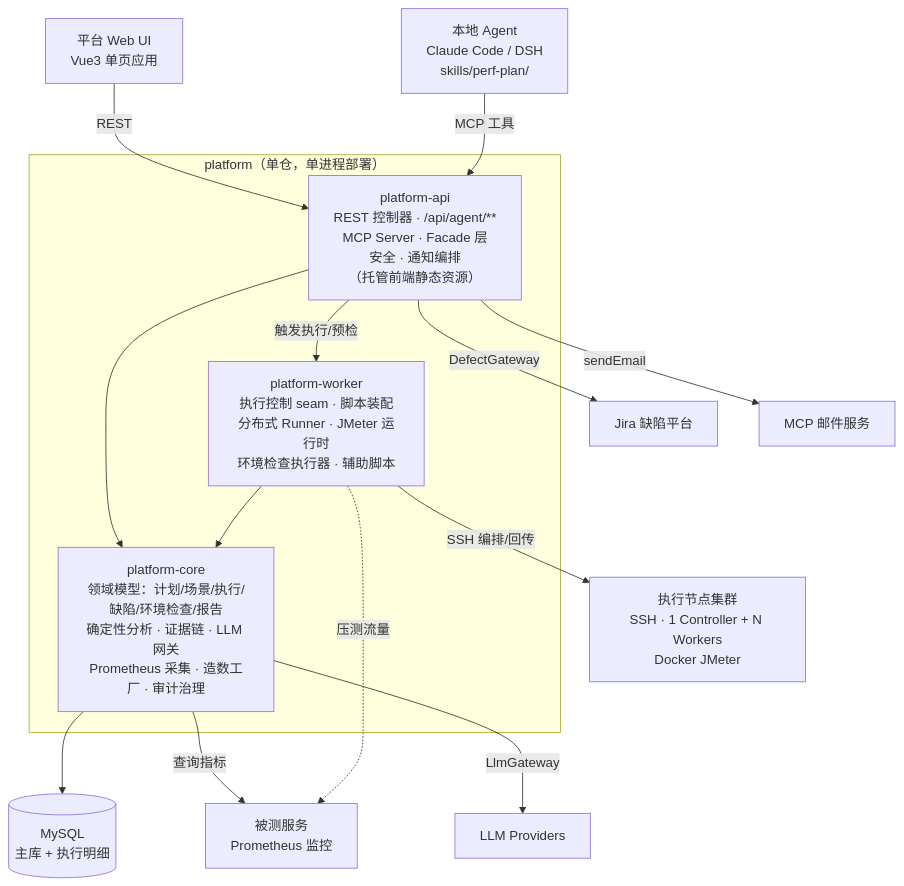
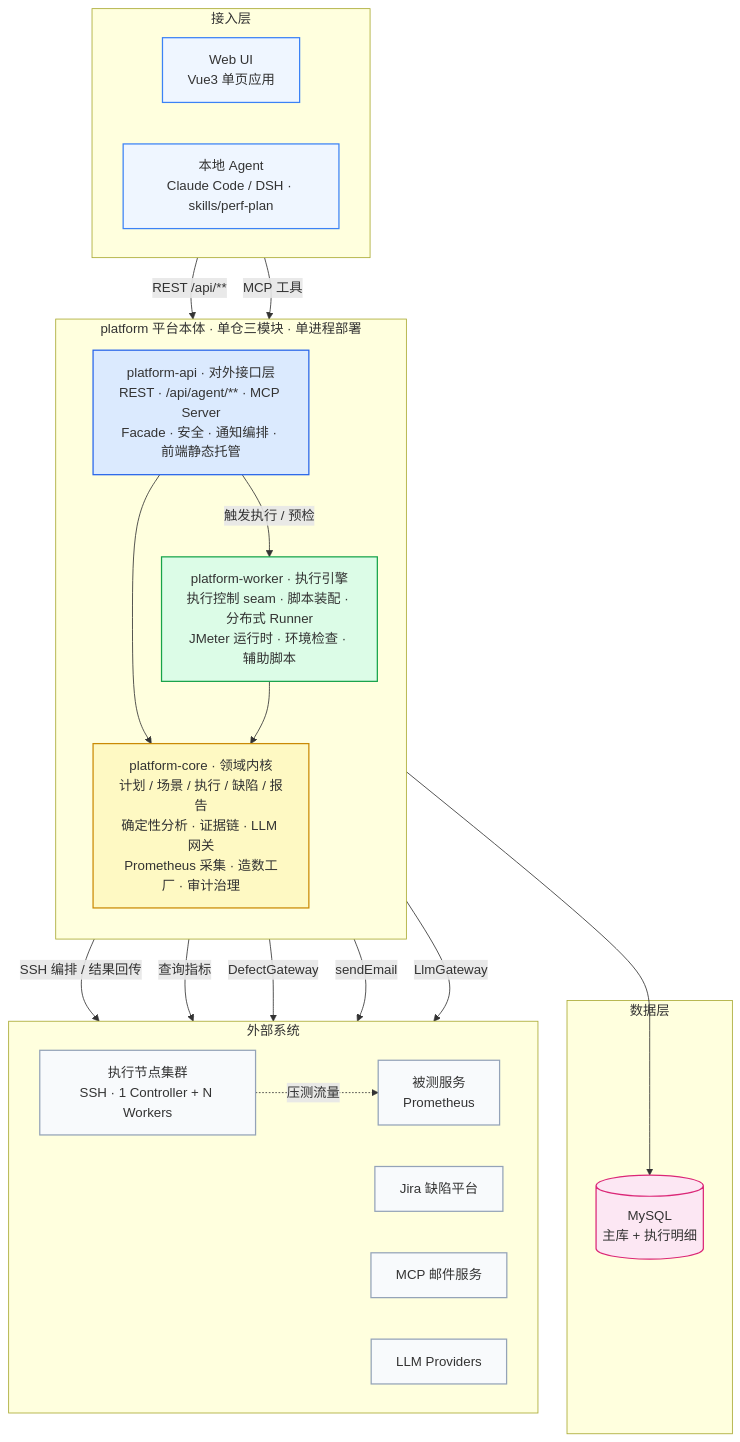
One commit to wangk123/performance-test-platform changed the first of 2 diagrams in docs/architecture-and-roadmap.md. Above: the diagram before and after it, drawn with Mermaid. The commit also changed other lines of this file, not shown here.

Commit message:
docs：重绘架构图——全景图分层着色，闭环图按阶段配色
- 全景图：接入层/平台三层/数据层/外部系统四层结构，职责配色与语义边标签
- 修正压测流量方向：执行节点 → 被测服务（原误从平台 worker 画出）
- 闭环图：横向长链改纵向流程，按准备/执行/缺陷/报告四阶段配色

````diff
--- a/docs/architecture-and-roadmap.md
+++ b/docs/architecture-and-roadmap.md
@@ -40,33 +40,54 @@
 ```mermaid
 flowchart TB
-    UI["平台 Web UI<br/>Vue3 单页应用"] -->|REST| API
-    AGENT["本地 Agent<br/>Claude Code / DSH<br/>skills/perf-plan/"] -->|MCP 工具| API
+    subgraph ACCESS["接入层"]
+        direction LR
+        WEB["Web UI<br/>Vue3 单页应用"]
+        AGENT["本地 Agent<br/>Claude Code / DSH · skills/perf-plan"]
+    end
 
-    subgraph PLATFORM["platform（单仓，单进程部署）"]
-        API["platform-api<br/>REST 控制器 · /api/agent/**<br/>MCP Server · Facade 层<br/>安全 · 通知编排<br/>（托管前端静态资源）"]
-        CORE["platform-core<br/>领域模型：计划/场景/执行/缺陷/环境检查/报告<br/>确定性分析 · 证据链 · LLM 网关<br/>Prometheus 采集 · 造数工厂 · 审计治理"]
-        WORKER["platform-worker<br/>执行控制 seam · 脚本装配<br/>分布式 Runner · JMeter 运行时<br/>环境检查执行器 · 辅助脚本"]
+    subgraph PLATFORM["platform 平台本体 · 单仓三模块 · 单进程部署"]
+        direction TB
+        API["platform-api · 对外接口层<br/>REST · /api/agent/** · MCP Server<br/>Facade · 安全 · 通知编排 · 前端静态托管"]
+        CORE["platform-core · 领域内核<br/>计划 / 场景 / 执行 / 缺陷 / 报告<br/>确定性分析 · 证据链 · LLM 网关<br/>Prometheus 采集 · 造数工厂 · 审计治理"]
+        WORKER["platform-worker · 执行引擎<br/>执行控制 seam · 脚本装配 · 分布式 Runner<br/>JMeter 运行时 · 环境检查 · 辅助脚本"]
         API --> CORE
-        API -->|触发执行/预检| WORKER
+        API -->|"触发执行 / 预检"| WORKER
         WORKER --> CORE
     end
 
-    DB[("MySQL<br/>主库 + 执行明细")]
+    subgraph DATA["数据层"]
+        DB[("MySQL<br/>主库 + 执行明细")]
+    end
+
+    subgraph EXTERNAL["外部系统"]
+        direction LR
+        NODES["执行节点集群<br/>SSH · 1 Controller + N Workers"]
+        PROM["被测服务<br/>Prometheus"]
+        JIRA["Jira 缺陷平台"]
+        MAIL["MCP 邮件服务"]
+        LLM["LLM Providers"]
+    end
+
+    WEB -->|"REST /api/**"| API
+    AGENT -->|"MCP 工具"| API
     CORE --> DB
+    WORKER -->|"SSH 编排 / 结果回传"| NODES
+    NODES -. "压测流量" .-> PROM
+    CORE -->|"查询指标"| PROM
+    API -->|"DefectGateway"| JIRA
+    API -->|"sendEmail"| MAIL
+    CORE -->|"LlmGateway"| LLM
 
-    NODES["执行节点集群<br/>SSH · 1 Controller + N Workers<br/>Docker JMeter"]
-    WORKER -->|SSH 编排/回传| NODES
-
-    PROM["被测服务<br/>Prometheus 监控"]
-    CORE -->|查询指标| PROM
-    WORKER -.压测流量.-> PROM
-
-    JIRA["Jira 缺陷平台"]
-    API -->|DefectGateway| JIRA
-
-    MAIL["MCP 邮件服务"]
-    API -->|sendEmail| MAIL
-
-    LLM["LLM Providers"]
-    CORE -->|LlmGateway| LLM
+    classDef access fill:#EFF6FF,stroke:#3B82F6,stroke-width:1.5px
+    classDef api fill:#DBEAFE,stroke:#2563EB,stroke-width:1.5px
+    classDef core fill:#FEF9C3,stroke:#CA8A04,stroke-width:1.5px
+    classDef worker fill:#DCFCE7,stroke:#16A34A,stroke-width:1.5px
+    classDef data fill:#FCE7F3,stroke:#DB2777,stroke-width:1.5px
+    classDef ext fill:#F8FAFC,stroke:#94A3B8,stroke-width:1.5px
+    class WEB,AGENT access
+    class API api
+    class CORE core
+    class WORKER worker
+    class DB data
+    class NODES,PROM,JIRA,MAIL,LLM ext
 ```
````
